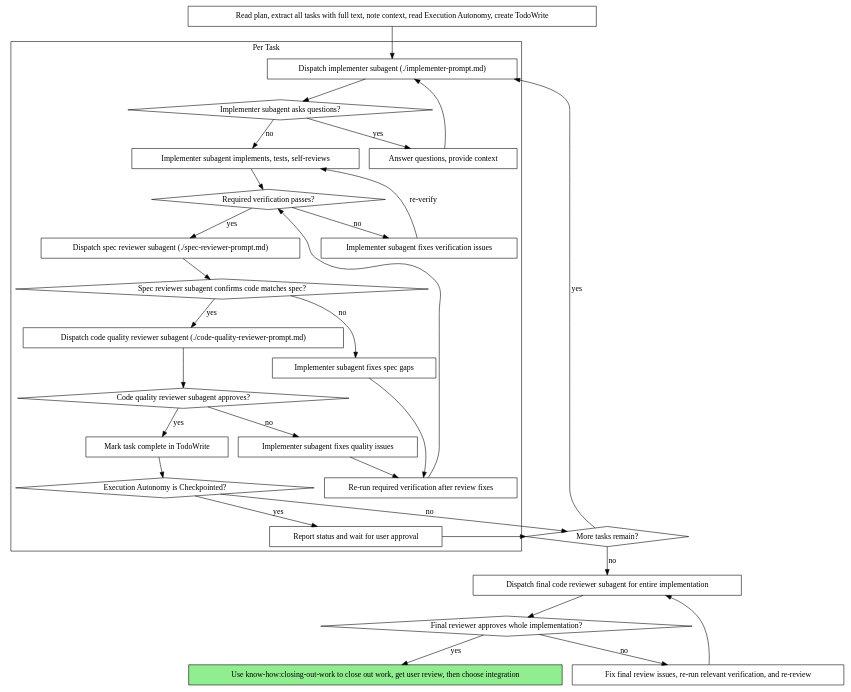
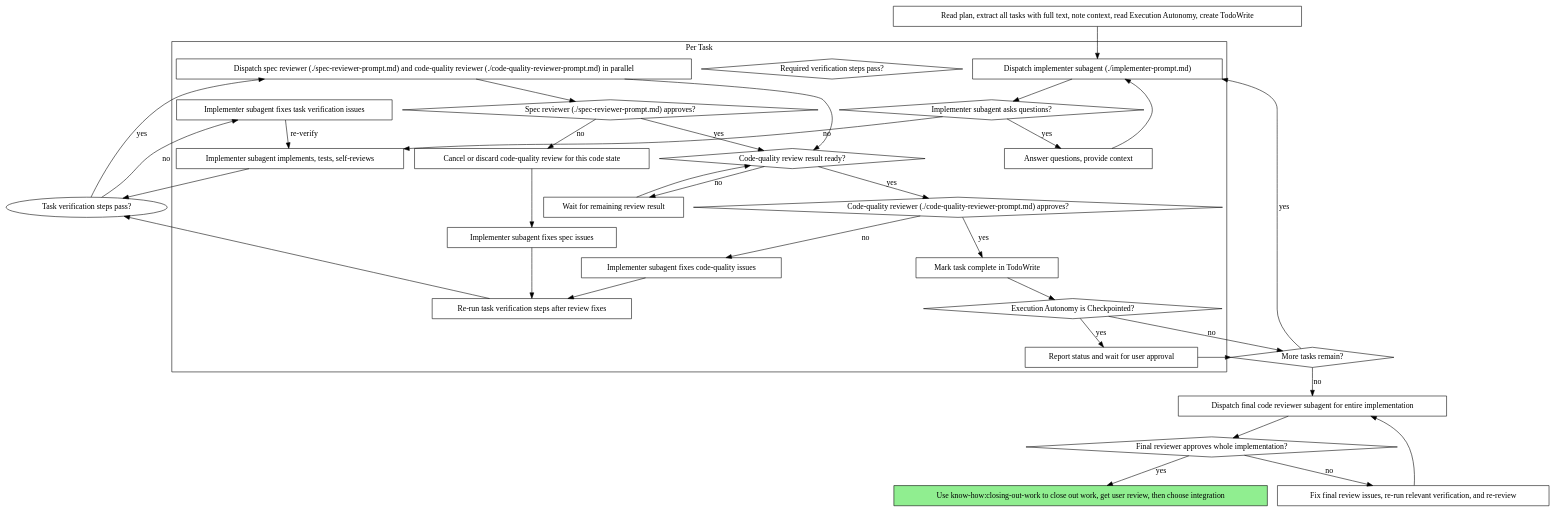
One commit to clashmar/know-how changed the second of 2 diagrams in skills/subagent-driven-development/SKILL.md. Above: the diagram before and after it, drawn with Graphviz. The commit also changed other lines of this file and 2 other files, not shown here.

Commit message:
feat: parallelize sdd reviews

````diff
--- a/skills/subagent-driven-development/SKILL.md
+++ b/skills/subagent-driven-development/SKILL.md
@@ -46,61 +46,67 @@
 ```dot
 digraph process {
     rankdir=TB;
 
     subgraph cluster_per_task {
         label="Per Task";
         "Dispatch implementer subagent (./implementer-prompt.md)" [shape=box];
         "Implementer subagent asks questions?" [shape=diamond];
         "Answer questions, provide context" [shape=box];
         "Implementer subagent implements, tests, self-reviews" [shape=box];
-        "Required verification passes?" [shape=diamond];
-        "Implementer subagent fixes verification issues" [shape=box];
-        "Dispatch spec reviewer subagent (./spec-reviewer-prompt.md)" [shape=box];
-        "Spec reviewer subagent confirms code matches spec?" [shape=diamond];
-        "Implementer subagent fixes spec gaps" [shape=box];
-        "Re-run required verification after review fixes" [shape=box];
-        "Dispatch code quality reviewer subagent (./code-quality-reviewer-prompt.md)" [shape=box];
-        "Code quality reviewer subagent approves?" [shape=diamond];
-        "Implementer subagent fixes quality issues" [shape=box];
+        "Required verification steps pass?" [shape=diamond];
+        "Implementer subagent fixes task verification issues" [shape=box];
+        "Dispatch spec reviewer (./spec-reviewer-prompt.md) and code-quality reviewer (./code-quality-reviewer-prompt.md) in parallel" [shape=box];
+        "Spec reviewer (./spec-reviewer-prompt.md) approves?" [shape=diamond];
+        "Cancel or discard code-quality review for this code state" [shape=box];
+        "Code-quality review result ready?" [shape=diamond];
+        "Wait for remaining review result" [shape=box];
+        "Code-quality reviewer (./code-quality-reviewer-prompt.md) approves?" [shape=diamond];
+        "Implementer subagent fixes spec issues" [shape=box];
+        "Implementer subagent fixes code-quality issues" [shape=box];
+        "Re-run task verification steps after review fixes" [shape=box];
         "Mark task complete in TodoWrite" [shape=box];
         "Execution Autonomy is Checkpointed?" [shape=diamond];
         "Report status and wait for user approval" [shape=box];
     }
 
     "Read plan, extract all tasks with full text, note context, read Execution Autonomy, create TodoWrite" [shape=box];
     "More tasks remain?" [shape=diamond];
     "Dispatch final code reviewer subagent for entire implementation" [shape=box];
     "Final reviewer approves whole implementation?" [shape=diamond];
     "Fix final review issues, re-run relevant verification, and re-review" [shape=box];
     "Use know-how:closing-out-work to close out work, get user review, then choose integration" [shape=box style=filled fillcolor=lightgreen];
 
     "Read plan, extract all tasks with full text, note context, read Execution Autonomy, create TodoWrite" -> "Dispatch implementer subagent (./implementer-prompt.md)";
     "Dispatch implementer subagent (./implementer-prompt.md)" -> "Implementer subagent asks questions?";
     "Implementer subagent asks questions?" -> "Answer questions, provide context" [label="yes"];
     "Answer questions, provide context" -> "Dispatch implementer subagent (./implementer-prompt.md)";
     "Implementer subagent asks questions?" -> "Implementer subagent implements, tests, self-reviews" [label="no"];
-    "Implementer subagent implements, tests, self-reviews" -> "Required verification passes?";
-    "Required verification passes?" -> "Implementer subagent fixes verification issues" [label="no"];
-    "Implementer subagent fixes verification issues" -> "Implementer subagent implements, tests, self-reviews" [label="re-verify"];
-    "Required verification passes?" -> "Dispatch spec reviewer subagent (./spec-reviewer-prompt.md)" [label="yes"];
-    "Dispatch spec reviewer subagent (./spec-reviewer-prompt.md)" -> "Spec reviewer subagent confirms code matches spec?";
-    "Spec reviewer subagent confirms code matches spec?" -> "Implementer subagent fixes spec gaps" [label="no"];
-    "Implementer subagent fixes spec gaps" -> "Re-run required verification after review fixes";
-    "Re-run required verification after review fixes" -> "Required verification passes?";
-    "Spec reviewer subagent confirms code matches spec?" -> "Dispatch code quality reviewer subagent (./code-quality-reviewer-prompt.md)" [label="yes"];
-    "Dispatch code quality reviewer subagent (./code-quality-reviewer-prompt.md)" -> "Code quality reviewer subagent approves?";
-    "Code quality reviewer subagent approves?" -> "Implementer subagent fixes quality issues" [label="no"];
-    "Implementer subagent fixes quality issues" -> "Re-run required verification after review fixes";
-    "Code quality reviewer subagent approves?" -> "Mark task complete in TodoWrite" [label="yes"];
+    "Implementer subagent implements, tests, self-reviews" -> "Task verification steps pass?";
+    "Task verification steps pass?" -> "Implementer subagent fixes task verification issues" [label="no"];
+    "Implementer subagent fixes task verification issues" -> "Implementer subagent implements, tests, self-reviews" [label="re-verify"];
+    "Task verification steps pass?" -> "Dispatch spec reviewer (./spec-reviewer-prompt.md) and code-quality reviewer (./code-quality-reviewer-prompt.md) in parallel" [label="yes"];
+    "Dispatch spec reviewer (./spec-reviewer-prompt.md) and code-quality reviewer (./code-quality-reviewer-prompt.md) in parallel" -> "Spec reviewer (./spec-reviewer-prompt.md) approves?";
+    "Dispatch spec reviewer (./spec-reviewer-prompt.md) and code-quality reviewer (./code-quality-reviewer-prompt.md) in parallel" -> "Code-quality review result ready?";
+    "Spec reviewer (./spec-reviewer-prompt.md) approves?" -> "Code-quality review result ready?" [label="yes"];
+    "Spec reviewer (./spec-reviewer-prompt.md) approves?" -> "Cancel or discard code-quality review for this code state" [label="no"];
+    "Cancel or discard code-quality review for this code state" -> "Implementer subagent fixes spec issues";
+    "Implementer subagent fixes spec issues" -> "Re-run task verification steps after review fixes";
+    "Code-quality review result ready?" -> "Wait for remaining review result" [label="no"];
+    "Wait for remaining review result" -> "Code-quality review result ready?";
+    "Code-quality review result ready?" -> "Code-quality reviewer (./code-quality-reviewer-prompt.md) approves?" [label="yes"];
+    "Code-quality reviewer (./code-quality-reviewer-prompt.md) approves?" -> "Mark task complete in TodoWrite" [label="yes"];
+    "Code-quality reviewer (./code-quality-reviewer-prompt.md) approves?" -> "Implementer subagent fixes code-quality issues" [label="no"];
+    "Implementer subagent fixes code-quality issues" -> "Re-run task verification steps after review fixes";
+    "Re-run task verification steps after review fixes" -> "Task verification steps pass?";
     "Mark task complete in TodoWrite" -> "Execution Autonomy is Checkpointed?";
     "Execution Autonomy is Checkpointed?" -> "Report status and wait for user approval" [label="yes"];
     "Execution Autonomy is Checkpointed?" -> "More tasks remain?" [label="no"];
     "Report status and wait for user approval" -> "More tasks remain?";
     "More tasks remain?" -> "Dispatch implementer subagent (./implementer-prompt.md)" [label="yes"];
     "More tasks remain?" -> "Dispatch final code reviewer subagent for entire implementation" [label="no"];
     "Dispatch final code reviewer subagent for entire implementation" -> "Final reviewer approves whole implementation?";
     "Final reviewer approves whole implementation?" -> "Use know-how:closing-out-work to close out work, get user review, then choose integration" [label="yes"];
     "Final reviewer approves whole implementation?" -> "Fix final review issues, re-run relevant verification, and re-review" [label="no"];
     "Fix final review issues, re-run relevant verification, and re-review" -> "Dispatch final code reviewer subagent for entire implementation";
 }
 ```
````
